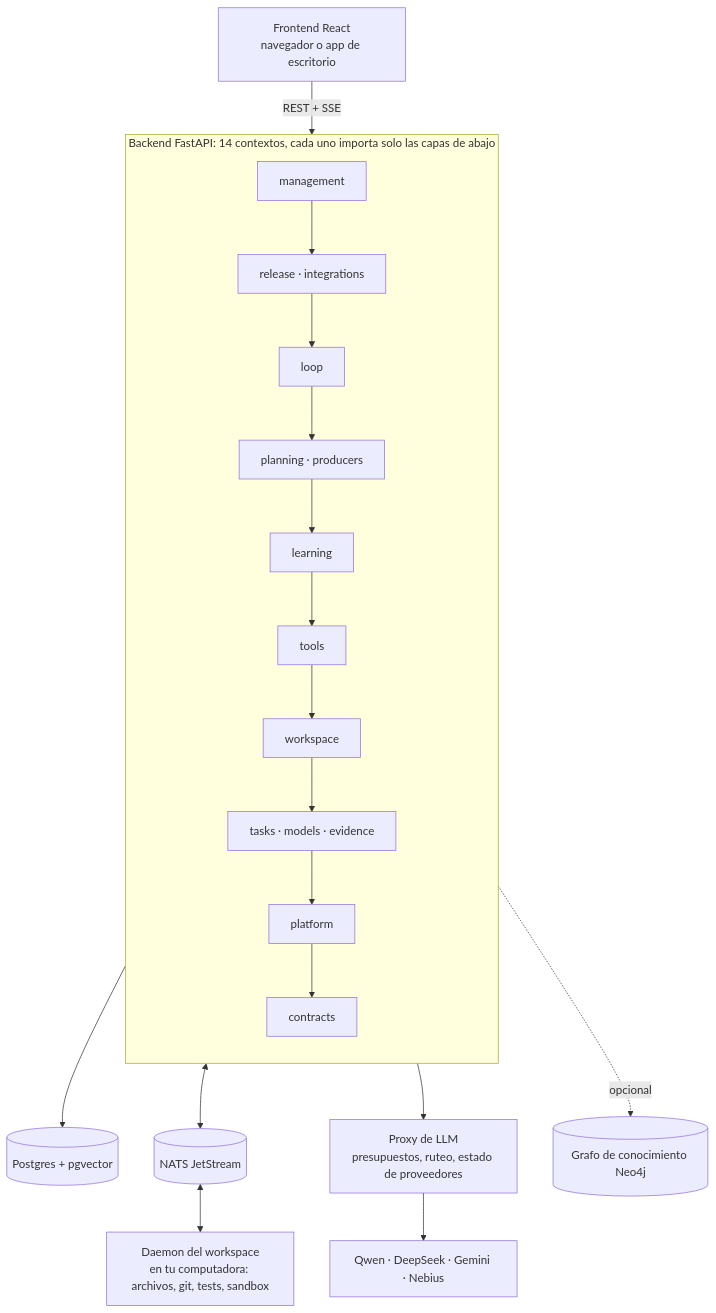
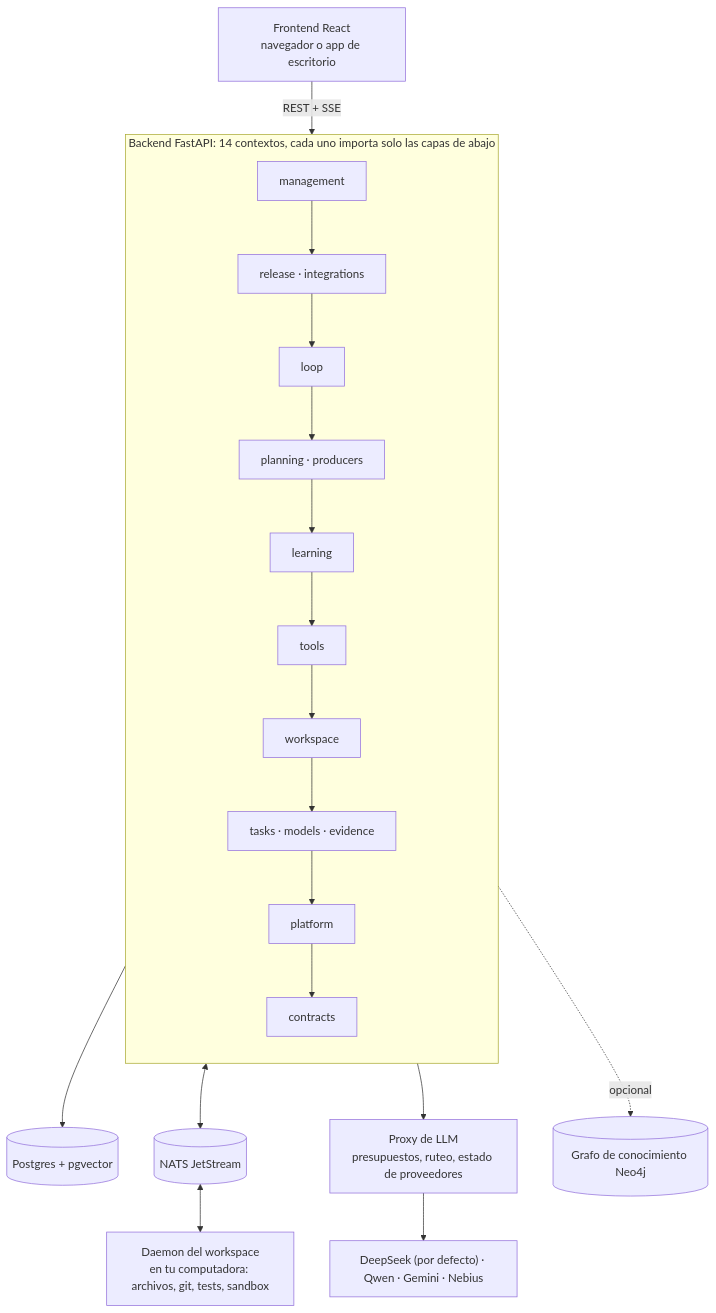
Before and after one commit to careb36/ai_entreprise: the diagram in README.es.md, drawn with Mermaid. The commit also changed other lines of this file and 24 other files, not shown here.

First line of the commit message:
feat(models): the default team runs on DeepSeek alone, Pro and Flash

````diff
--- a/README.es.md
+++ b/README.es.md
@@ -228,24 +228,24 @@
 ```mermaid
 flowchart TB
     FE["Frontend React<br/>navegador o app de escritorio"] -->|"REST + SSE"| BE
 
     subgraph BE["Backend FastAPI: 14 contextos, cada uno importa solo las capas de abajo"]
         direction TB
         L9["management"] --> L8["release · integrations"]
         L8 --> L7["loop"]
         L7 --> L6["planning · producers"]
         L6 --> L5["learning"]
         L5 --> L4["tools"]
         L4 --> L3["workspace"]
         L3 --> L2["tasks · models · evidence"]
         L2 --> L1["platform"]
         L1 --> L0["contracts"]
     end
 
     BE --> PG[("Postgres + pgvector")]
     BE <--> NATS[("NATS JetStream")]
     NATS <--> D["Daemon del workspace<br/>en tu computadora: archivos, git, tests, sandbox"]
     BE --> PX["Proxy de LLM<br/>presupuestos, ruteo, estado de proveedores"]
-    PX --> PR["Qwen · DeepSeek · Gemini · Nebius"]
+    PX --> PR["DeepSeek (por defecto) · Qwen · Gemini · Nebius"]
     BE -.->|opcional| NEO[("Grafo de conocimiento Neo4j")]
 ```
````
